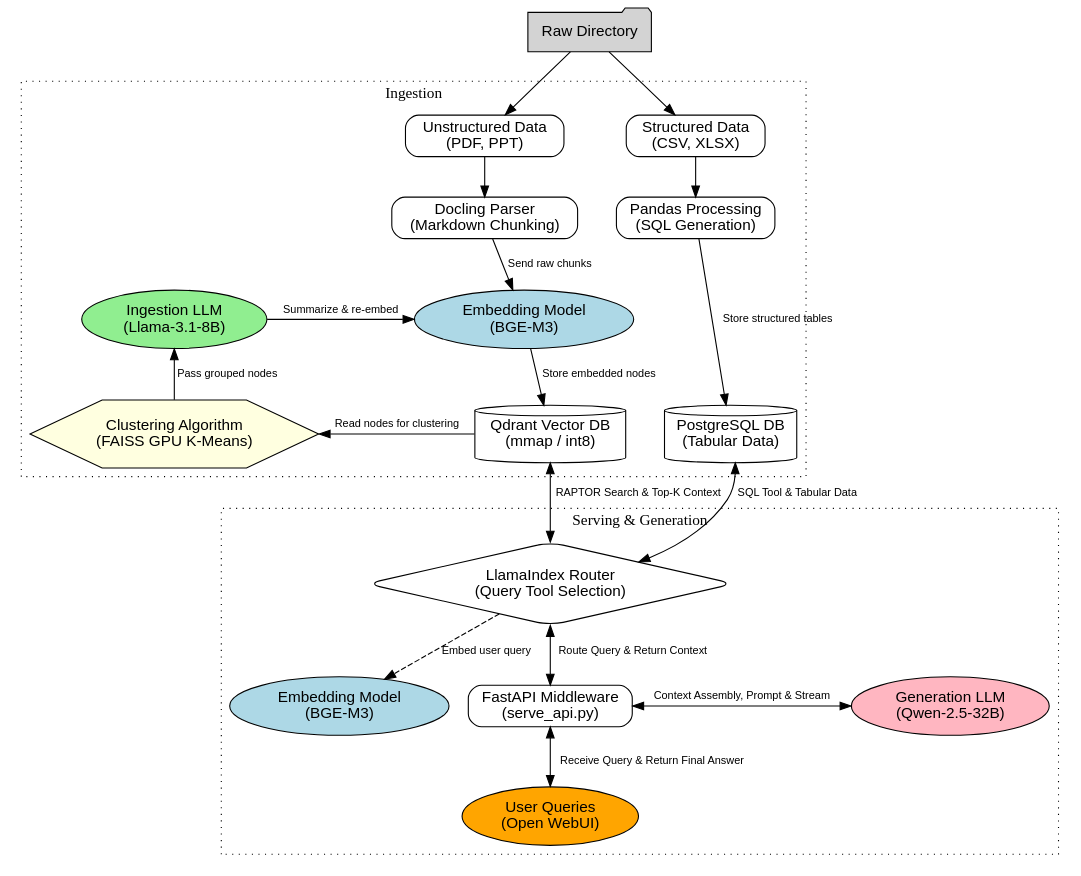
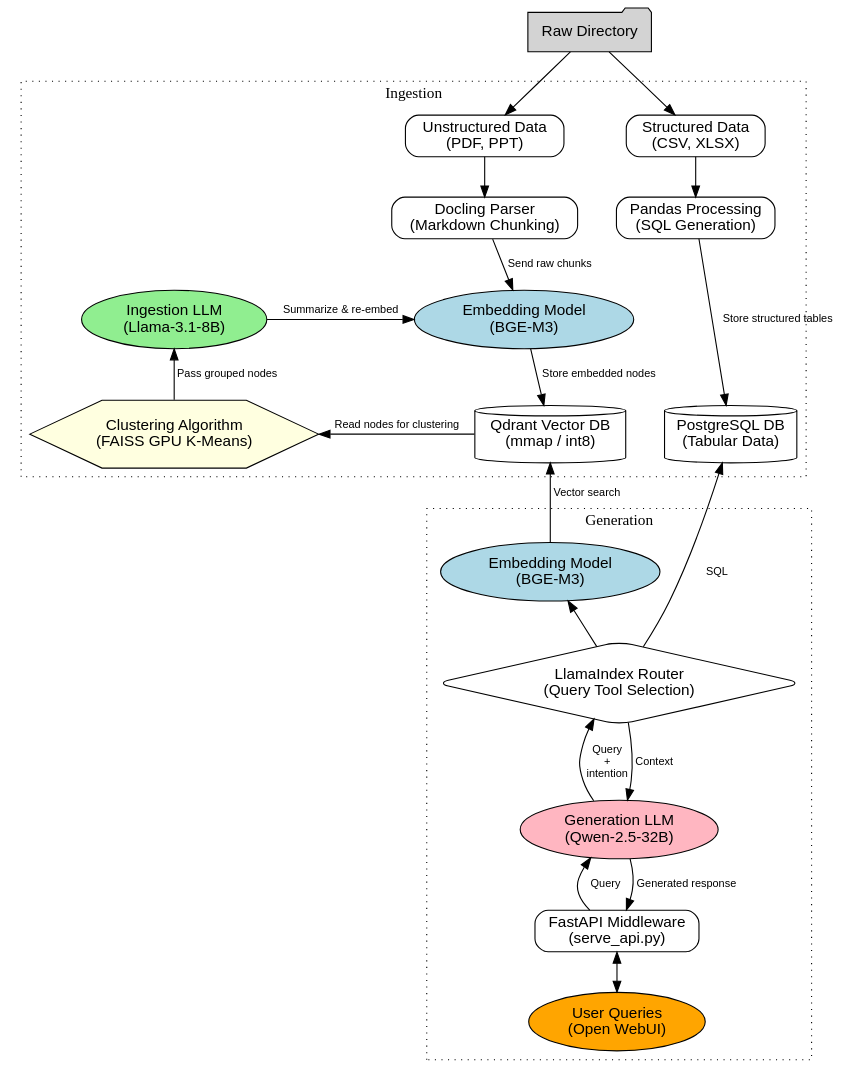
Before and after one commit to QRB-Labs/angol: the diagram in angol-architecture.dot, drawn with Graphviz. The commit also changed 2 other files, not shown here.

Commit message:
architecture diagram and docs update

```diff
--- a/angol-architecture.dot
+++ b/angol-architecture.dot
@@ -1,111 +1,110 @@
 digraph AngolEnterpriseAI {
     rankdir=TB;
     node [fontname="Helvetica", shape=box, style=rounded];
     edge [fontname="Helvetica", fontsize=10];
 
     // Top: Raw Data Start
     RawDir [label="Raw Directory", shape=folder, style=filled, fillcolor=lightgrey];
 
     subgraph cluster_pipeline {
-        label = "Ingestion";
-        style = dotted;
-        
-        // Data Classification Level
-        {
-            rank=same;
-            // Forcing order: Unstructured (Left) -> Structured (Right)
-            Unstructured [label="Unstructured Data\n(PDF, PPT)"];
-            Structured [label="Structured Data\n(CSV, XLSX)"];
-            Unstructured -> Structured [style=invis];
-        }
+	label = "Ingestion";
+	style = dotted;
 
-        // Parsing Level
-        {
-            rank=same;
-            Docling [label="Docling Parser\n(Markdown Chunking)"];
-            Pandas [label="Pandas Processing\n(SQL Generation)"];
-            Docling -> Pandas [style=invis];
-        }
+	// Data Classification Level
+	{
+	    rank=same;
+	    // Forcing order: Unstructured (Left) -> Structured (Right)
+	    Unstructured [label="Unstructured Data\n(PDF, PPT)"];
+	    Structured [label="Structured Data\n(CSV, XLSX)"];
+	    Unstructured -> Structured [style=invis];
+	}
 
-        // Embed Level (Vertically between Parsing and DBs)
-        {
-            rank=same;
-            // Forcing order: IngestLLM (Far Left) -> EmbedModel (Middle)
-            IngestLLM [label="Ingestion LLM\n(Llama-3.1-8B)", shape=ellipse, style=filled, fillcolor=lightgreen];
-            IngestEmbedModel [label="Embedding Model\n(BGE-M3)", shape=ellipse, style=filled, fillcolor=lightblue];
-            IngestLLM -> IngestEmbedModel [style=invis];
-        }
+	// Parsing Level
+	{
+	    rank=same;
+	    Docling [label="Docling Parser\n(Markdown Chunking)"];
+	    Pandas [label="Pandas Processing\n(SQL Generation)"];
+	    Docling -> Pandas [style=invis];
+	}
 
-        // Storage & Clustering Level
-        {
-            rank=same;
-            // Forcing order: FAISS (Far Left) -> Qdrant (Middle) -> Postgres (Right)
-            FAISS [label="Clustering Algorithm\n(FAISS GPU K-Means)", shape=hexagon, style=filled, fillcolor=lightyellow];
-            Qdrant [label="Qdrant Vector DB\n(mmap / int8)", shape=cylinder];
-            Postgres [label="PostgreSQL DB\n(Tabular Data)", shape=cylinder];
-            FAISS -> Qdrant -> Postgres [style=invis];
-        }
+	// Embed Level (Vertically between Parsing and DBs)
+	{
+	    rank=same;
+	    // Forcing order: IngestLLM (Far Left) -> EmbedModel (Middle)
+	    IngestLLM [label="Ingestion LLM\n(Llama-3.1-8B)", shape=ellipse, style=filled, fillcolor=lightgreen];
+	    IngestEmbedModel [label="Embedding Model\n(BGE-M3)", shape=ellipse, style=filled, fillcolor=lightblue];
+	    IngestLLM -> IngestEmbedModel [style=invis];
+	}
+
+	// Storage & Clustering Level
+	{
+	    rank=same;
+	    // Forcing order: FAISS (Far Left) -> Qdrant (Middle) -> Postgres (Right)
+	    FAISS [label="Clustering Algorithm\n(FAISS GPU K-Means)", shape=hexagon, style=filled, fillcolor=lightyellow];
+	    Qdrant [label="Qdrant Vector DB\n(mmap / int8)", shape=cylinder];
+	    Postgres [label="PostgreSQL DB\n(Tabular Data)", shape=cylinder];
+	    FAISS -> Qdrant -> Postgres [style=invis];
+	}
     }
 
     subgraph cluster_generation {
-        label = "Serving & Generation";
-        style = dotted;
-        
-        ServeEmbedModel [label="Embedding Model\n(BGE-M3)", shape=ellipse, style=filled, fillcolor=lightblue];
-        Router [label="LlamaIndex Router\n(Query Tool Selection)", shape=diamond];
-        
-        // Horizontal Serving Layer
-        {
-            rank=same;
-            FastAPI [label="FastAPI Middleware\n(serve_api.py)"];
-            GenLLM [label="Generation LLM\n(Qwen-2.5-32B)", shape=ellipse, style=filled, fillcolor=lightpink];
-        }
-        
-        UserQuery [label="User Queries\n(Open WebUI)", shape=oval, style=filled, fillcolor=orange];
+	label = "Generation";
+	style = dotted;
+
+	Router [label="LlamaIndex Router\n(Query Tool Selection)", shape=diamond];
+	ServeEmbedModel [label="Embedding Model\n(BGE-M3)", shape=ellipse, style=filled, fillcolor=lightblue];
+
+	// GenLLM ordered before FastAPI so it gets rendered higher up
+	GenLLM [label="Generation LLM\n(Qwen-2.5-32B)", shape=ellipse, style=filled, fillcolor=lightpink];
+	FastAPI [label="FastAPI Middleware\n(serve_api.py)"];
+
+	UserQuery [label="User Queries\n(Open WebUI)", shape=oval, style=filled, fillcolor=orange];
     }
 
 
     // --- EDGES & FLOW ---
 
     // 1. Initial Splits
     RawDir -> Unstructured;
     RawDir -> Structured;
 
     // 2. The Structured Path (Right Side Vertical Spine)
     Structured -> Pandas [weight=10];
     Pandas -> Postgres [weight=10, label="Store structured tables"];
 
     // 3. The Unstructured Path (Middle Strict Vertical Spine)
     Unstructured -> Docling [weight=10];
     Docling -> IngestEmbedModel [weight=10, label="Send raw chunks"];
     IngestEmbedModel -> Qdrant [weight=10, label="Store embedded nodes"];
 
     // 4. The RAPTOR Loop (Far Left Spine)
     // We use dir=back to draw the arrow from Qdrant to FAISS while ensuring FAISS stays left
     FAISS -> Qdrant [dir=back, label="Read nodes for clustering"];
-    
+
     // IngestLLM stays straight above FAISS
     IngestLLM -> FAISS [dir=back, weight=10, label="Pass grouped nodes"];
-    
+
     // Feeds horizontally from IngestLLM (Left) to Embed Model (Middle)
     IngestLLM -> IngestEmbedModel [label="Summarize & re-embed"];
 
 
     // --- SERVING & GENERATION ---
 
     // 5. DBs pass context down to the Router
-    Postgres -> Router [dir=both, label=" SQL Tool & Tabular Data"];
-    Qdrant -> Router [dir=both, weight=10, label=" RAPTOR Search & Top-K Context"];
-    
+    Postgres -> Router [dir=back, label="SQL"];
+    Qdrant -> ServeEmbedModel [dir=back, weight=10, label="Vector search"];
+
     // Router embedding call (separate copy for serving)
-    Router -> ServeEmbedModel [label="Embed user query", style=dashed];
-    
-    // 6. Router to Middleware
-    Router -> FastAPI [dir=both, weight=10, label=" Route Query & Return Context"];
-    
-    // 7. Middleware to Generation LLM (Horizontal)
-    FastAPI -> GenLLM [dir=both, label=" Context Assembly, Prompt & Stream"];
-    
+    ServeEmbedModel -> Router [dir=back];
+
+    // 6. Router to GenLLM
+    Router -> GenLLM [dir=back, weight=10, label="Query\n+\nintention"];
+    Router -> GenLLM [dir=forward, weight=10, label=" Context"];
+
+    // 7. Generation LLM to Middleware (Structuring it GenLLM->FastAPI forces FastAPI below)
+    GenLLM -> FastAPI [dir=back, weight=10, label="Query	"];
+    GenLLM -> FastAPI [dir=forward, weight=10, label="Generated response"];
+
     // 8. Middleware to User (Bottom Vertical Spine)
-    FastAPI -> UserQuery [dir=both, weight=10, label=" Receive Query & Return Final Answer"];
+    FastAPI -> UserQuery [dir=both, weight=10]
 }
```
